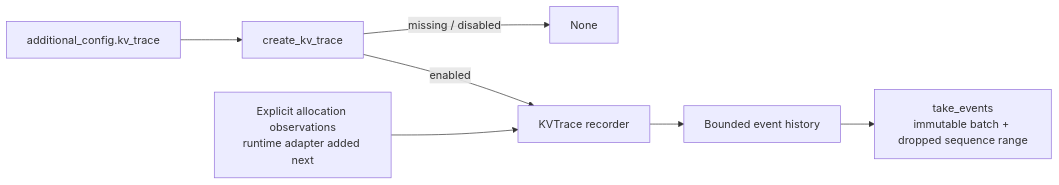
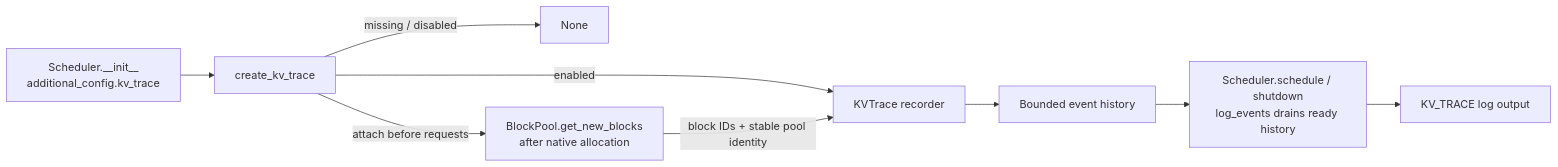
One commit to Tjh-UKN/vllm changed the diagram in docs/design/kv_trace.md. Above: the diagram before and after it, drawn with Mermaid. The commit also changed other lines of this file and 7 other files, not shown here.

Commit message:
[Feature][KV Trace] Wire native allocation producer and log consumer

````diff
--- a/docs/design/kv_trace.md
+++ b/docs/design/kv_trace.md
@@ -18,9 +28,11 @@
 ```mermaid
 flowchart LR
-    C["additional_config.kv_trace"] --> F["create_kv_trace"]
+    C["Scheduler.__init__<br/>additional_config.kv_trace"] --> F["create_kv_trace"]
     F -->|"missing / disabled"| N["None"]
     F -->|"enabled"| R["KVTrace recorder"]
-    A["Explicit allocation observations<br/>runtime adapter added next"] --> R
+    F -->|"attach before requests"| A["BlockPool.get_new_blocks<br/>after native allocation"]
+    A -->|"block IDs + stable pool identity"| R
     R --> B["Bounded event history"]
-    B --> T["take_events<br/>immutable batch + dropped sequence range"]
+    B --> T["Scheduler.schedule / shutdown<br/>log_events drains ready history"]
+    T --> L["KV_TRACE log output"]
 ```
````
